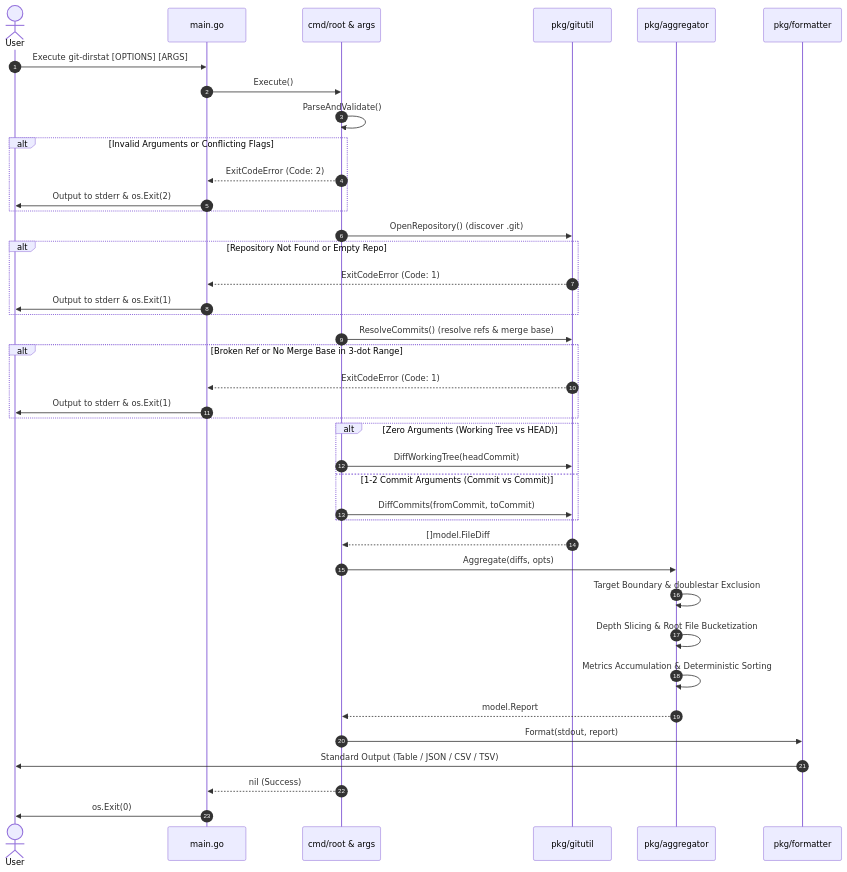
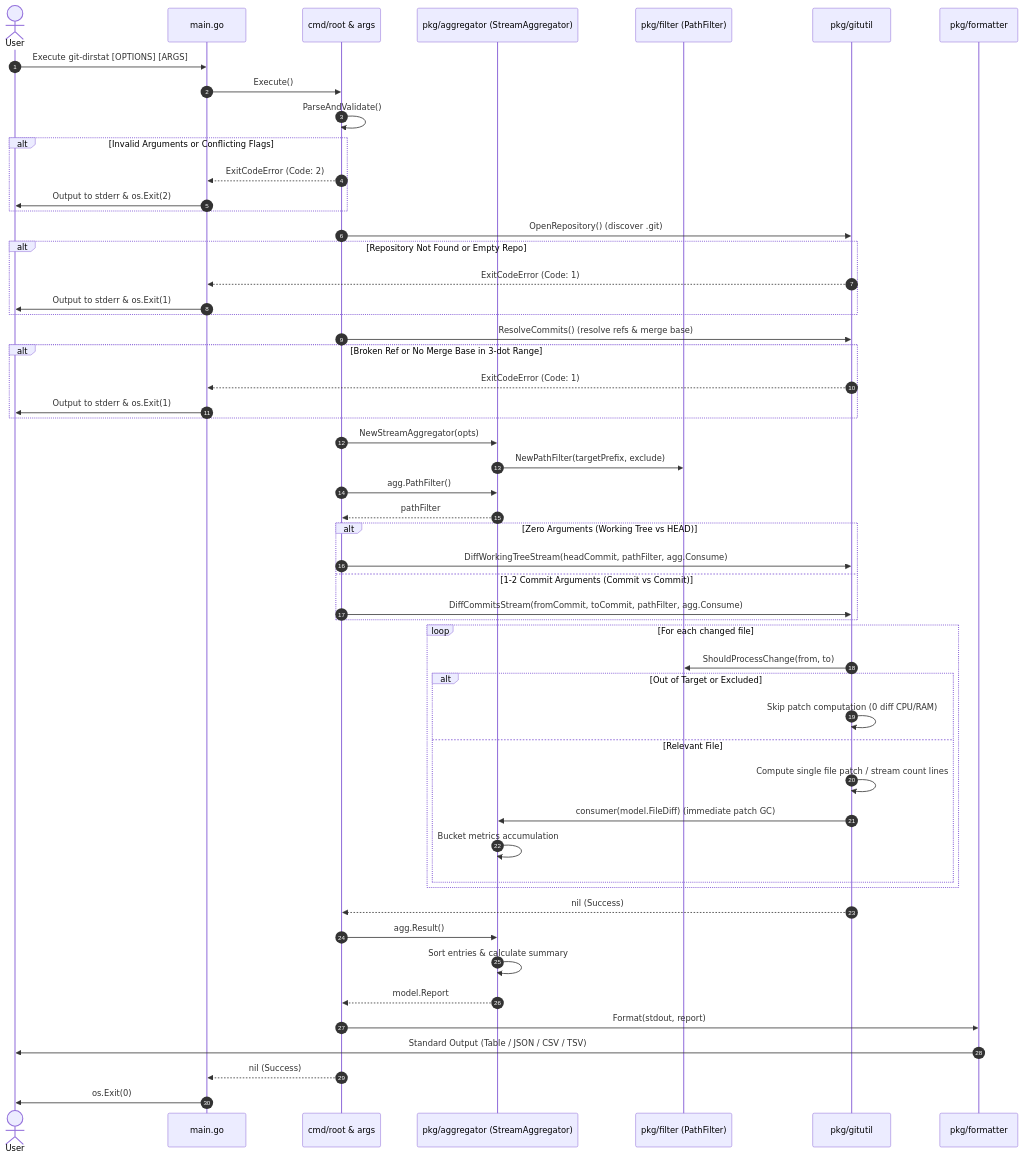
One commit to sakurahilljp/git-dirstat changed the second of 2 diagrams in docs/software-design.md. Above: the diagram before and after it, drawn with Mermaid. The commit also changed 3 other files, not shown here.

First line of the commit message:
docs: synchronize README examples and software design sequence diagram with implementation

````diff
--- a/docs/software-design.md
+++ b/docs/software-design.md
@@ -182,48 +182,63 @@
 ```mermaid
 sequenceDiagram
     autonumber
     actor User
     participant Main as main.go
     participant Cmd as cmd/root & args
+    participant Agg as pkg/aggregator (StreamAggregator)
+    participant Fltr as pkg/filter (PathFilter)
     participant Git as pkg/gitutil
-    participant Agg as pkg/aggregator
     participant Fmt as pkg/formatter
 
     User->>Main: Execute git-dirstat [OPTIONS] [ARGS]
     Main->>Cmd: Execute()
     Cmd->>Cmd: ParseAndValidate()
     alt Invalid Arguments or Conflicting Flags
         Cmd-->>Main: ExitCodeError (Code: 2)
         Main->>User: Output to stderr & os.Exit(2)
     end
 
     Cmd->>Git: OpenRepository() (discover .git)
     alt Repository Not Found or Empty Repo
         Git-->>Main: ExitCodeError (Code: 1)
         Main->>User: Output to stderr & os.Exit(1)
     end
 
     Cmd->>Git: ResolveCommits() (resolve refs & merge base)
     alt Broken Ref or No Merge Base in 3-dot Range
         Git-->>Main: ExitCodeError (Code: 1)
         Main->>User: Output to stderr & os.Exit(1)
     end
 
+    Cmd->>Agg: NewStreamAggregator(opts)
+    Agg->>Fltr: NewPathFilter(targetPrefix, exclude)
+    Cmd->>Agg: agg.PathFilter()
+    Agg-->>Cmd: pathFilter
+
     alt Zero Arguments (Working Tree vs HEAD)
-        Cmd->>Git: DiffWorkingTree(headCommit)
+        Cmd->>Git: DiffWorkingTreeStream(headCommit, pathFilter, agg.Consume)
     else 1-2 Commit Arguments (Commit vs Commit)
-        Cmd->>Git: DiffCommits(fromCommit, toCommit)
+        Cmd->>Git: DiffCommitsStream(fromCommit, toCommit, pathFilter, agg.Consume)
     end
-    Git-->>Cmd: []model.FileDiff
 
-    Cmd->>Agg: Aggregate(diffs, opts)
-    Agg->>Agg: Target Boundary & doublestar Exclusion
-    Agg->>Agg: Depth Slicing & Root File Bucketization
-    Agg->>Agg: Metrics Accumulation & Deterministic Sorting
+    loop For each changed file
+        Git->>Fltr: ShouldProcessChange(from, to)
+        alt Out of Target or Excluded
+            Git->>Git: Skip patch computation (0 diff CPU/RAM)
+        else Relevant File
+            Git->>Git: Compute single file patch / stream count lines
+            Git->>Agg: consumer(model.FileDiff) (immediate patch GC)
+            Agg->>Agg: Bucket metrics accumulation
+        end
+    end
+    Git-->>Cmd: nil (Success)
+
+    Cmd->>Agg: agg.Result()
+    Agg->>Agg: Sort entries & calculate summary
     Agg-->>Cmd: model.Report
 
     Cmd->>Fmt: Format(stdout, report)
     Fmt->>User: Standard Output (Table / JSON / CSV / TSV)
     Cmd-->>Main: nil (Success)
     Main->>User: os.Exit(0)
 ```
````
